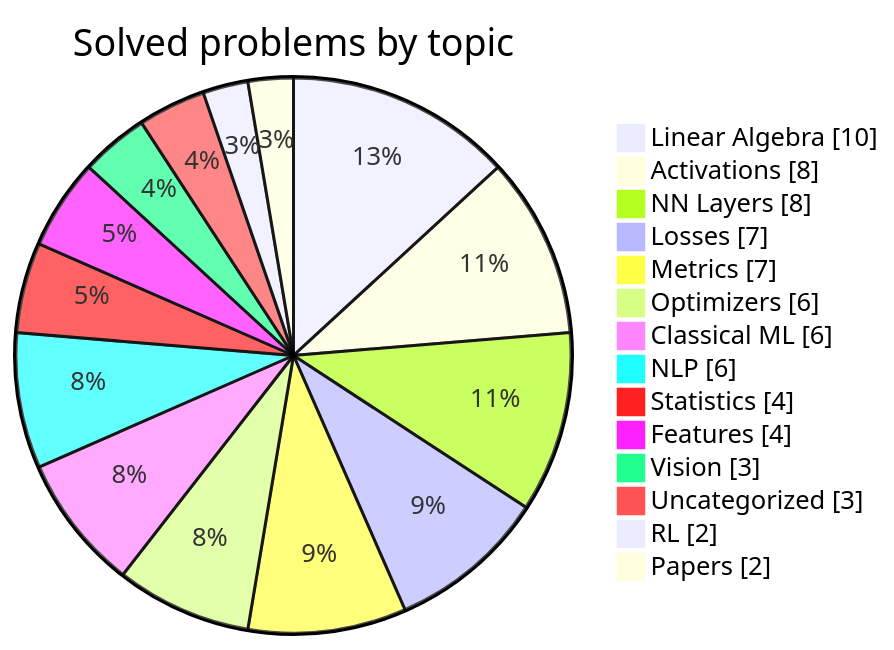
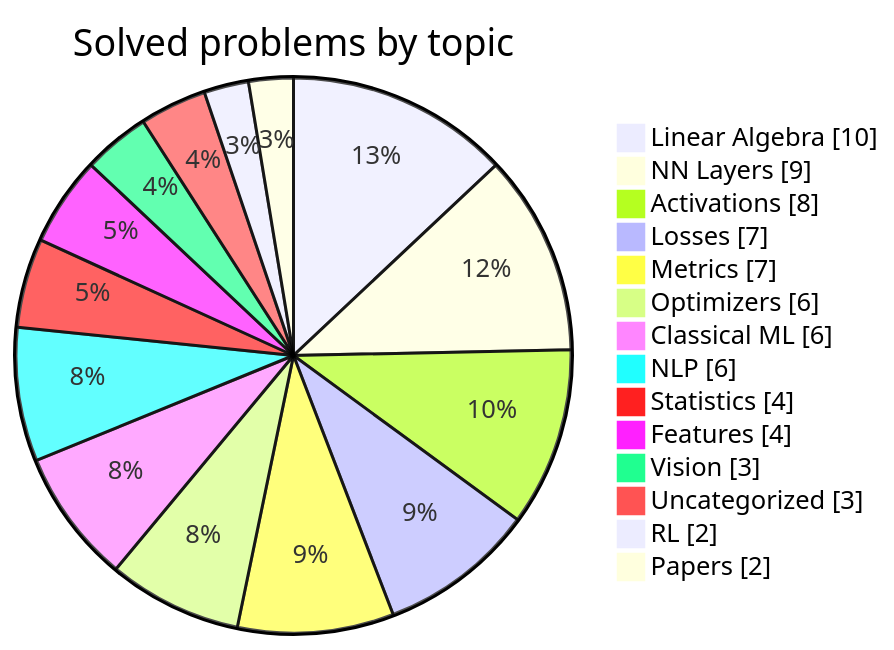
Before and after one commit to HarryTrn/TensorTonic-Solutions: the second of 2 diagrams in README.md, drawn with Mermaid. The commit also changed other lines of this file, not shown here.

````diff
--- a/README.md
+++ b/README.md
@@ -74,18 +74,18 @@
 ```mermaid
 pie showData
     title Solved problems by topic
     "Linear Algebra" : 10
+    "NN Layers" : 9
     "Activations" : 8
-    "NN Layers" : 8
     "Losses" : 7
     "Metrics" : 7
     "Optimizers" : 6
     "Classical ML" : 6
     "NLP" : 6
     "Statistics" : 4
     "Features" : 4
     "Vision" : 3
     "Uncategorized" : 3
     "RL" : 2
     "Papers" : 2
 ```
````
